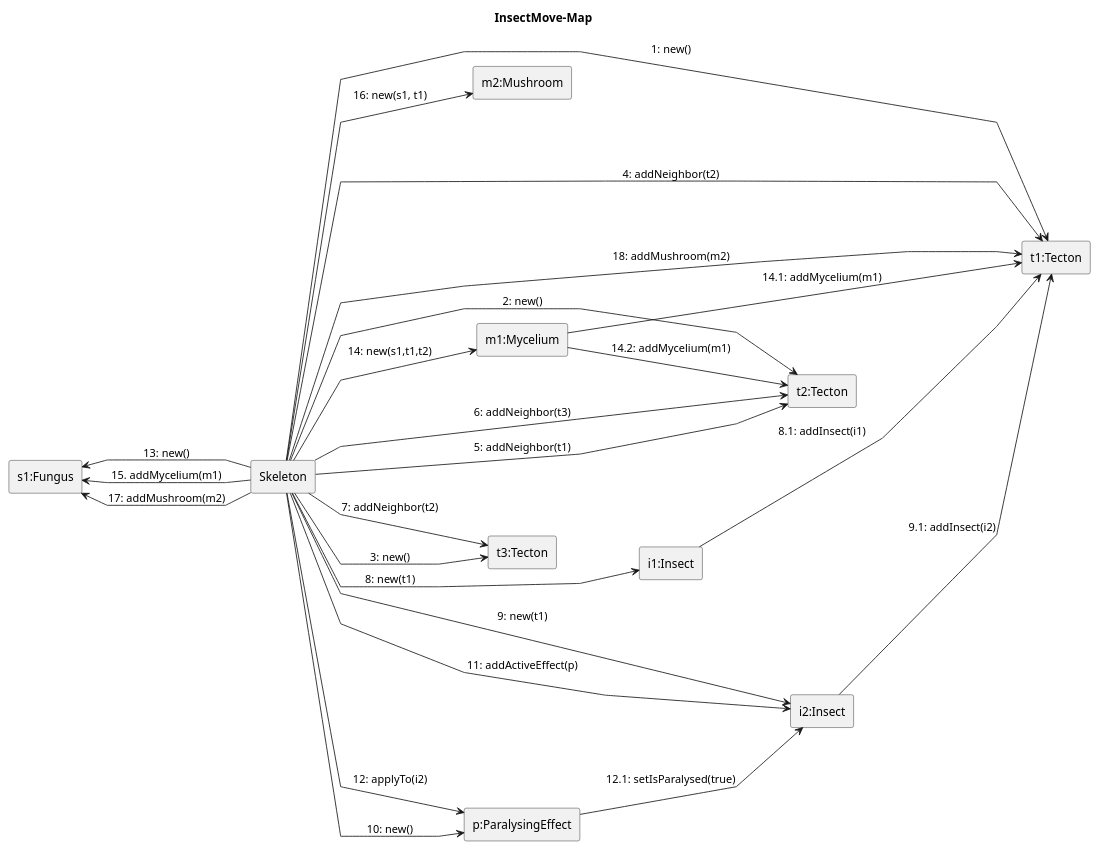
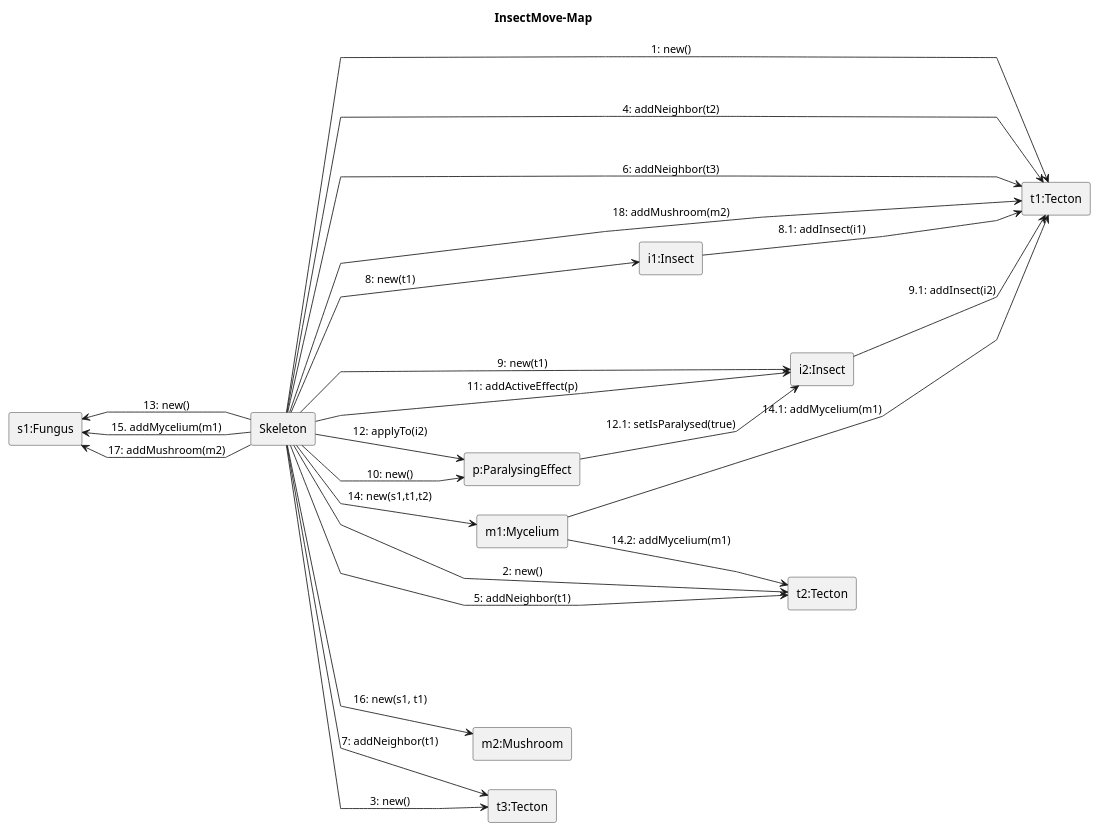
Before and after one commit to ZD4ve/projlab-error521: the diagram in Skeleton/Insect-move/map.pu, drawn with PlantUML. The commit also changed 6 other files, not shown here.

```diff
--- a/Skeleton/Insect-move/map.pu
+++ b/Skeleton/Insect-move/map.pu
@@ -1,45 +1,45 @@
 @startuml Insect-move/map 
 left to right direction
 title InsectMove-Map
 skinparam linetype polyline
 rectangle Skeleton as S
 
 rectangle "s1:Fungus" as s1
 rectangle "m1:Mycelium" as m1
 rectangle "m2:Mushroom" as m2
 rectangle "t1:Tecton" as t1
 rectangle "t2:Tecton" as t2
 rectangle "t3:Tecton" as t3
 rectangle "i1:Insect" as i1
 rectangle "i2:Insect" as i2
 rectangle "p:ParalysingEffect" as p
 
 S --> t1: 1: new()
 S --> t2: 2: new()
 S --> t3: 3: new()
 S --> t1: 4: addNeighbor(t2)
 S --> t2: 5: addNeighbor(t1)
-S --> t2: 6: addNeighbor(t3)
-S --> t3: 7: addNeighbor(t2)
+S --> t1: 6: addNeighbor(t3)
+S --> t3: 7: addNeighbor(t1)
 
 S --> i1: 8: new(t1)
 i1 --> t1 : 8.1: addInsect(i1)
 S --> i2: 9: new(t1)
 i2 --> t1 : 9.1: addInsect(i2)
 S --> p: 10: new()
 S --> i2: 11: addActiveEffect(p)
 S --> p : 12: applyTo(i2)
 p --> i2 : 12.1: setIsParalysed(true)
 
 S -left-> s1: 13: new()
 S --> m1: 14: new(s1,t1,t2)
 m1 --> t1 : 14.1: addMycelium(m1)
 m1 --> t2 : 14.2: addMycelium(m1)
 S --> s1: 15. addMycelium(m1)
 
 S --> m2: 16: new(s1, t1)
 S --> s1: 17: addMushroom(m2)
 S --> t1: 18: addMushroom(m2)
 
 
 @enduml
```
